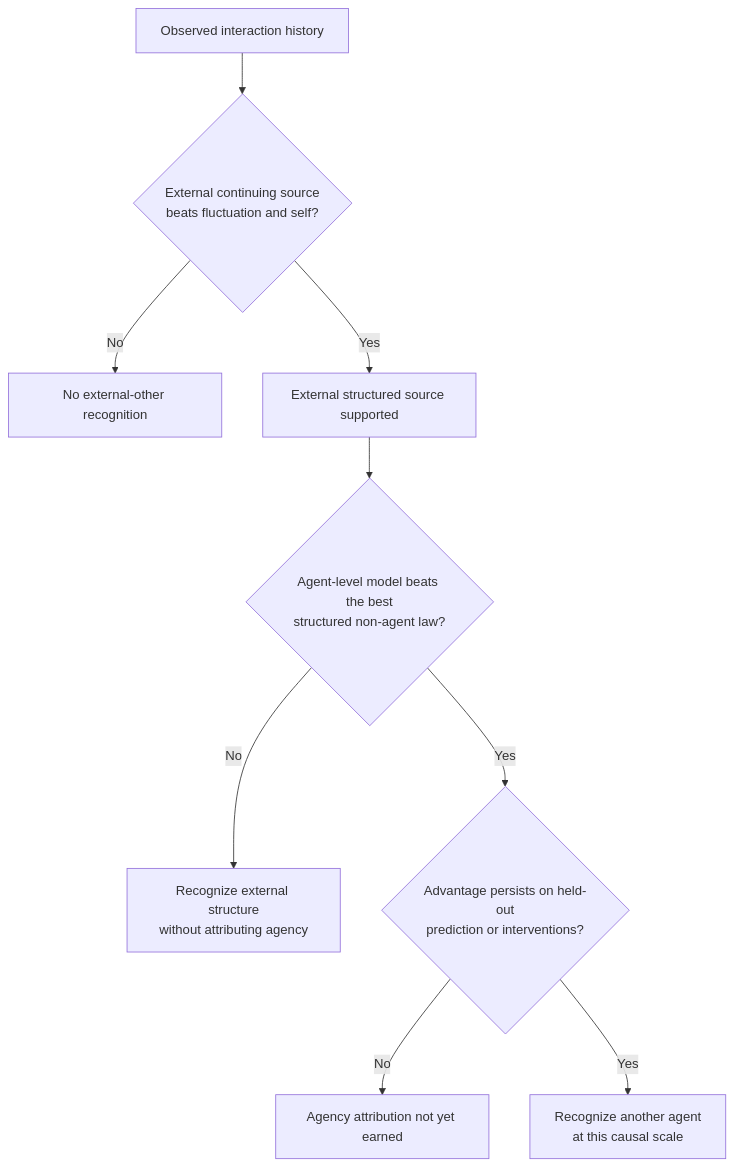
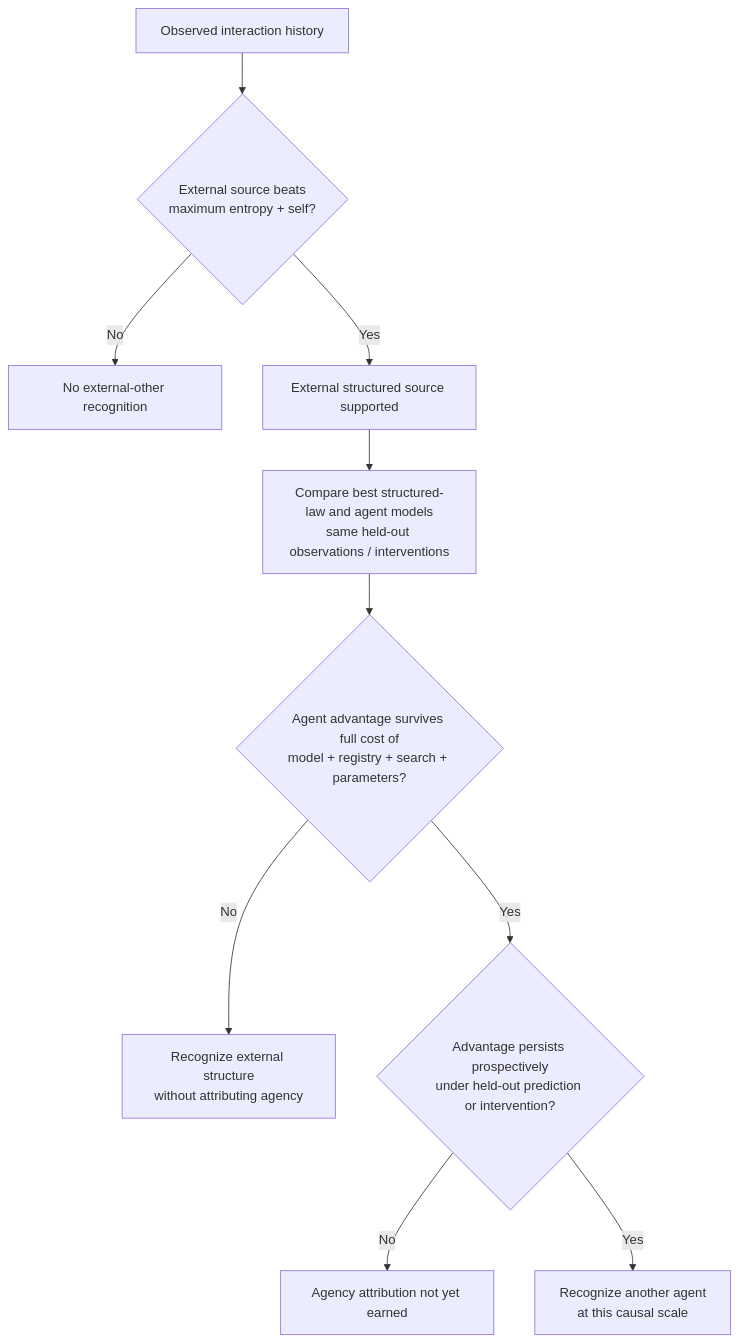
Before and after one commit to franklinbaldo/papers: the second of 2 diagrams in informational_time_negentropy_clarifications.md, drawn with Mermaid. The commit also changed other lines of this file, not shown here.

Commit message:
docs: sharpen agent-recognition evidence gates

````diff
--- a/informational_time_negentropy_clarifications.md
+++ b/informational_time_negentropy_clarifications.md
@@ -176,11 +176,12 @@
 ```mermaid
 flowchart TD
-    D[Observed interaction history] --> G1{External continuing source<br/>beats fluctuation and self?}
+    D[Observed interaction history] --> G1{External source beats<br/>maximum entropy + self?}
     G1 -- No --> N1[No external-other recognition]
     G1 -- Yes --> E[External structured source supported]
-    E --> G2{Agent-level model beats the best<br/>structured non-agent law?}
+    E --> C[Compare best structured-law and agent models<br/>same held-out observations / interventions]
+    C --> G2{Agent advantage survives full cost of<br/>model + registry + search + parameters?}
     G2 -- No --> L[Recognize external structure<br/>without attributing agency]
-    G2 -- Yes --> P{Advantage persists on held-out<br/>prediction or interventions?}
+    G2 -- Yes --> P{Advantage persists prospectively<br/>under held-out prediction or intervention?}
     P -- No --> U[Agency attribution not yet earned]
     P -- Yes --> R[Recognize another agent<br/>at this causal scale]
 ```
````
